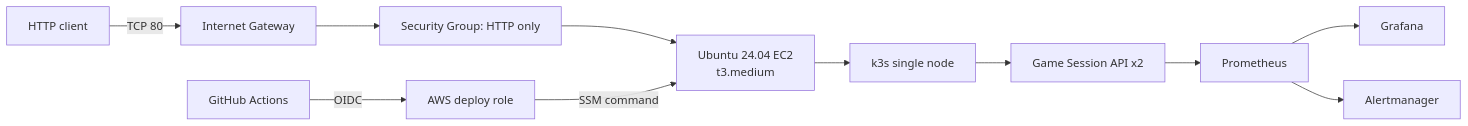
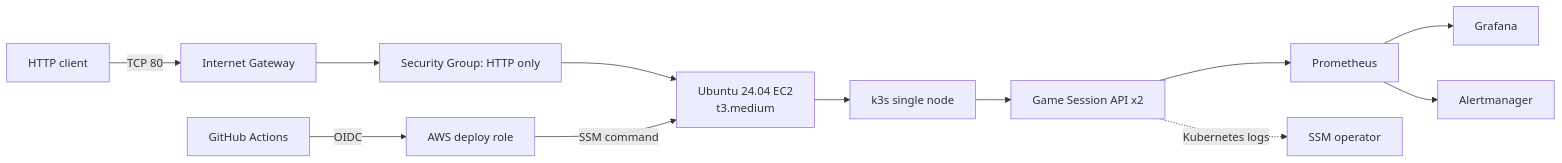
The diagram in docs/architecture.md (2jeonghoon/gameops-platform-lab), drawn with Mermaid before and after one commit. The commit also changed other lines of this file and 14 other files, not shown here.

````diff
--- a/docs/architecture.md
+++ b/docs/architecture.md
@@ -3,13 +3,14 @@
 ```mermaid
 flowchart LR
   User[HTTP client] -->|TCP 80| IGW[Internet Gateway]
   IGW --> SG[Security Group: HTTP only]
   SG --> EC2[Ubuntu 24.04 EC2\nt3.medium]
   EC2 --> K3S[k3s single node]
   K3S --> API[Game Session API x2]
   GHA[GitHub Actions] -->|OIDC| IAM[AWS deploy role]
   IAM -->|SSM command| EC2
   API --> PROM[Prometheus]
   PROM --> GRAF[Grafana]
   PROM --> ALERT[Alertmanager]
+  API -. Kubernetes logs .-> SSMLOG[SSM operator]
 ```
````
